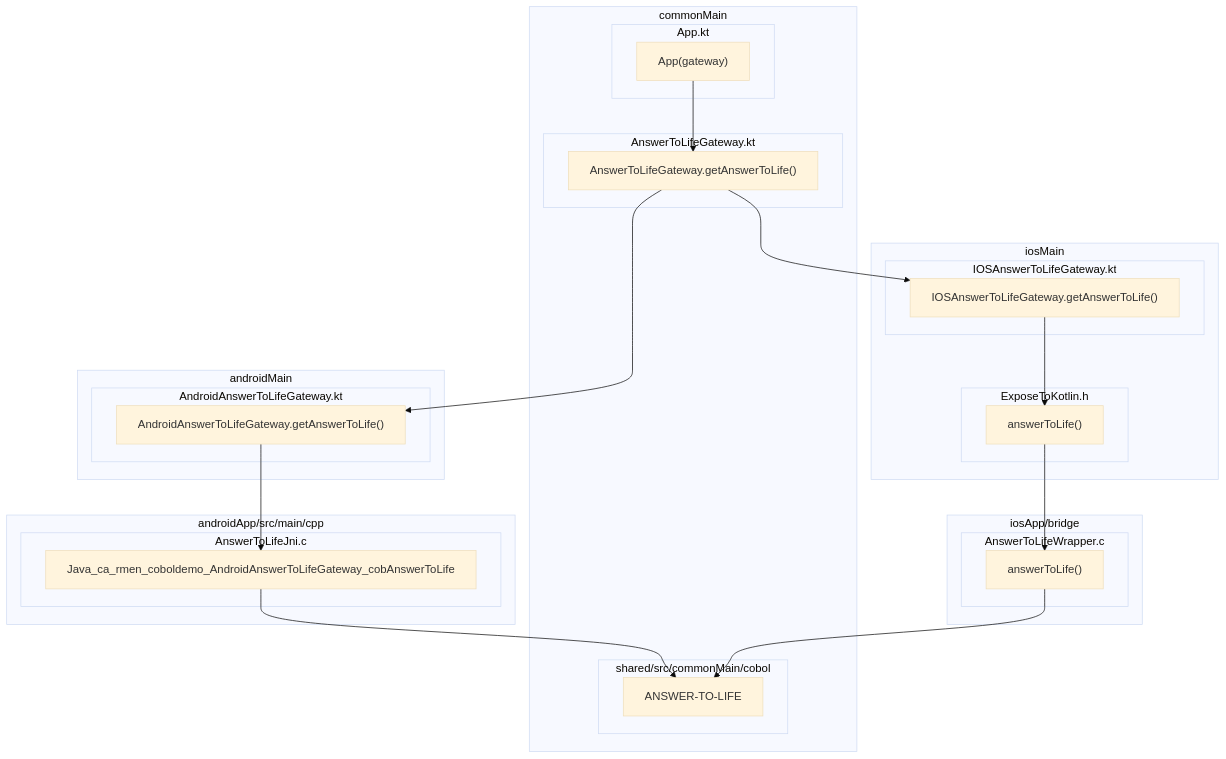
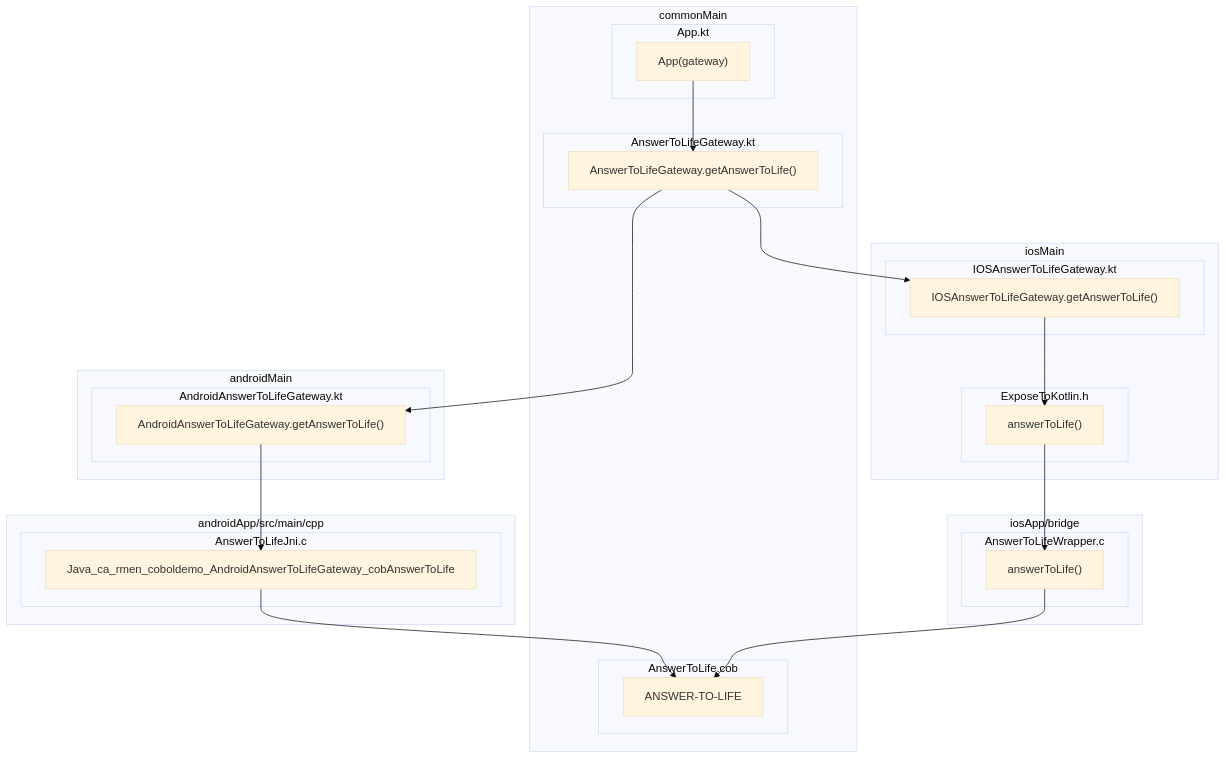
The diagram in examples/kmp/CobolMultiplatform/README.md (caarmen/cobol-mobile), drawn with Mermaid (base theme) before and after one commit. The commit also changed other lines of this file, not shown here.

Commit message:
doc: Fix some minor issues with the kmp doc.

````diff
--- a/examples/kmp/CobolMultiplatform/README.md
+++ b/examples/kmp/CobolMultiplatform/README.md
@@ -41,53 +41,53 @@
 ```mermaid
 graph TD
   subgraph commonMain
     subgraph App.kt
       app["App(gateway)"]
     end
     subgraph AnswerToLifeGateway.kt
       igateway["AnswerToLifeGateway.getAnswerToLife()"]
     end
-    subgraph sharedCobol["shared/src/commonMain/cobol"]
+    subgraph sharedCobol["AnswerToLife.cob"]
       cob["ANSWER-TO-LIFE"]
     end
 
     app --> igateway
   end
 
   subgraph androidMain
     subgraph AndroidAnswerToLifeGateway.kt
       gatewayAndroid["AndroidAnswerToLifeGateway.getAnswerToLife()"]
     end
   end
 
   subgraph androidCpp["androidApp/src/main/cpp"]
     subgraph AnswerToLifeJni.c
       jni["Java_ca_rmen_coboldemo_AndroidAnswerToLifeGateway_cobAnswerToLife"]
     end
   end
 
   subgraph iosMain
     subgraph IOSAnswerToLifeGateway.kt
       gatewayIos["IOSAnswerToLifeGateway.getAnswerToLife()"]
     end
 
     subgraph ExposeToKotlin.h
       kotlinheader["answerToLife()"]
     end
   end
 
   subgraph iosBridge["iosApp/bridge"]
     subgraph AnswerToLifeWrapper.c
       wrapper["answerToLife()"]
     end
   end
 
   igateway --> gatewayAndroid
   gatewayAndroid --> jni
   jni --> cob
 
   igateway --> gatewayIos
   kotlinheader --> wrapper
   gatewayIos --> kotlinheader
   wrapper --> cob
 ```
````
